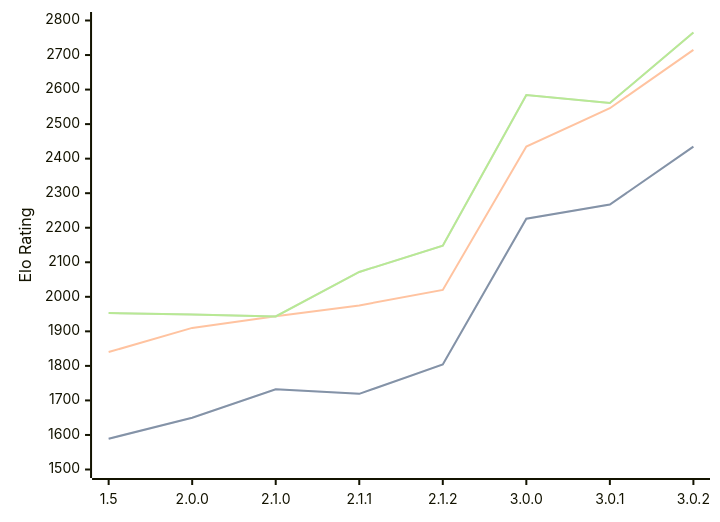
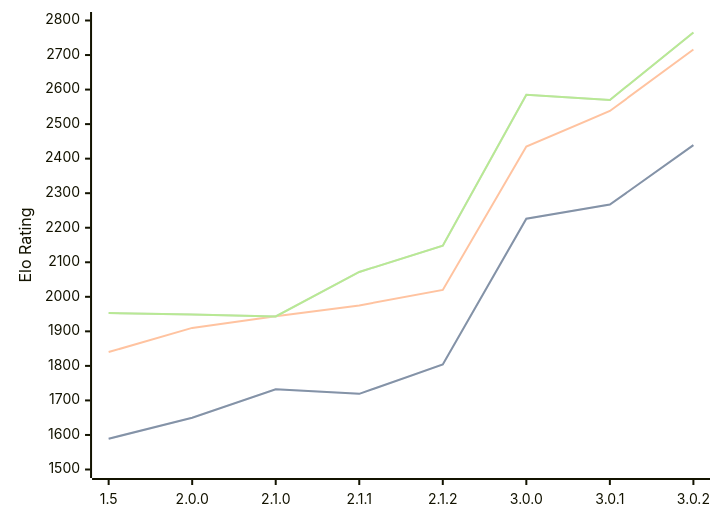
One commit to computer-chess-index/cci changed the third of 3 diagrams in engines/Rudim.md. Above: the diagram before and after it, drawn with Mermaid. The commit also changed other lines of this file, not shown here.

Commit message:
Update CCI Ratings (ELO VLTC) - 2026-06-18

````diff
--- a/engines/Rudim.md
+++ b/engines/Rudim.md
@@ -80,11 +80,11 @@
 ```mermaid
 %%{init: {"theme":"base","themeVariables":{"seriesColors:['#a3a3a3','#222221','#faa371']}}}%%
 xychart-beta
   x-axis ["1.5", "2.0.0", "2.1.0", "2.1.1", "2.1.2", "3.0.0", "3.0.1", "3.0.2"]
   y-axis "Elo Rating" 1500 --> 2800
-  line "STC (8.0+0.08s)" [1589, 1650, 1732, 1719, 1804, 2226, 2267, 2435]
-  line "STC (8.0+0.08s)" [1589, 1650, 1732, 1719, 1804, 2226, 2267, 2435]
-  line "LTC (60.0+0.60s)" [1840, 1910, 1944, 1975, 2020, 2435, 2546, 2715]
-  line "VLTC (2m24s+1.12s)" [1953, 1949, 1943, 2072, 2148, 2584, 2561, 2765]
-  line "VLTC (2m24s+1.12s)" [1953, 1949, 1943, 2072, 2148, 2584, 2561, 2765]
+  line "STC (8.0+0.08s)" [1589, 1650, 1732, 1719, 1804, 2226, 2267, 2439]
+  line "STC (8.0+0.08s)" [1589, 1650, 1732, 1719, 1804, 2226, 2267, 2439]
+  line "LTC (60.0+0.60s)" [1840, 1910, 1944, 1975, 2020, 2435, 2538, 2716]
+  line "VLTC (2m24s+1.12s)" [1953, 1949, 1943, 2072, 2148, 2585, 2570, 2765]
+  line "VLTC (2m24s+1.12s)" [1953, 1949, 1943, 2072, 2148, 2585, 2570, 2765]
 ```
````
